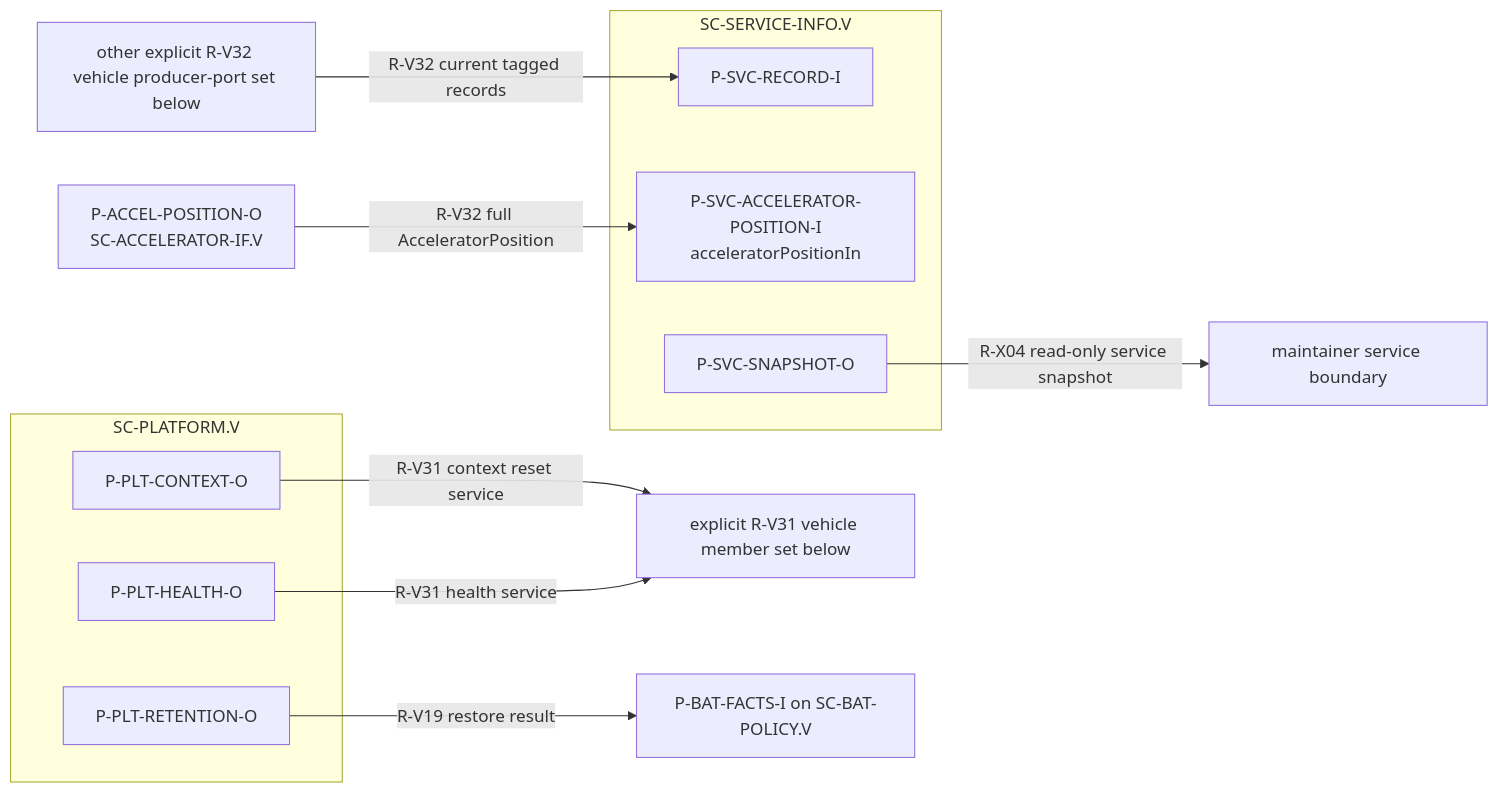
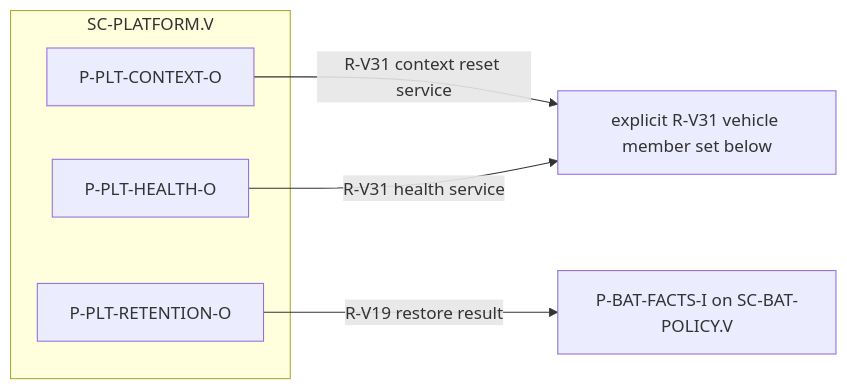
The fourth of 4 diagrams in .devenv/Architecture/SoftwareArchitecture/ARCH-003_Software_Architecture.md (dhellhake/X2CityMCU), drawn with Mermaid before and after one commit. The commit also changed other lines of this file and 69 other files, not shown here.

````diff
--- a/.devenv/Architecture/SoftwareArchitecture/ARCH-003_Software_Architecture.md
+++ b/.devenv/Architecture/SoftwareArchitecture/ARCH-003_Software_Architecture.md
@@ -346,19 +336,11 @@
 ```mermaid
 flowchart LR
     subgraph PLT[SC-PLATFORM.V]
         PVCO[P-PLT-CONTEXT-O]
         PVRO[P-PLT-RETENTION-O]
         PVHO[P-PLT-HEALTH-O]
     end
-    subgraph SVC[SC-SERVICE-INFO.V]
-        SVRI[P-SVC-RECORD-I]
-        SVAI[P-SVC-ACCELERATOR-POSITION-I\nacceleratorPositionIn]
-        SVSO[P-SVC-SNAPSHOT-O]
-    end
     PVCO -->|R-V31 context reset service| VC[explicit R-V31 vehicle member set below]
     PVHO -->|R-V31 health service| VC
     PVRO -->|R-V19 restore result| BP[P-BAT-FACTS-I on SC-BAT-POLICY.V]
-    AIP2[P-ACCEL-POSITION-O\nSC-ACCELERATOR-IF.V] -->|R-V32 full AcceleratorPosition| SVAI
-    VP[other explicit R-V32 vehicle producer-port set below] -->|R-V32 current tagged records| SVRI
-    SVSO -->|R-X04 read-only service snapshot| VM[maintainer service boundary]
 ```
````
